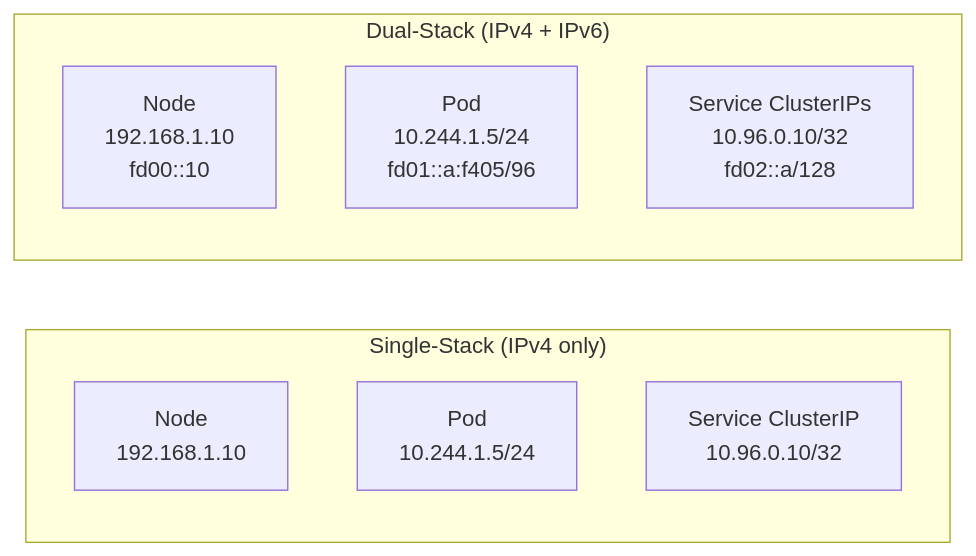
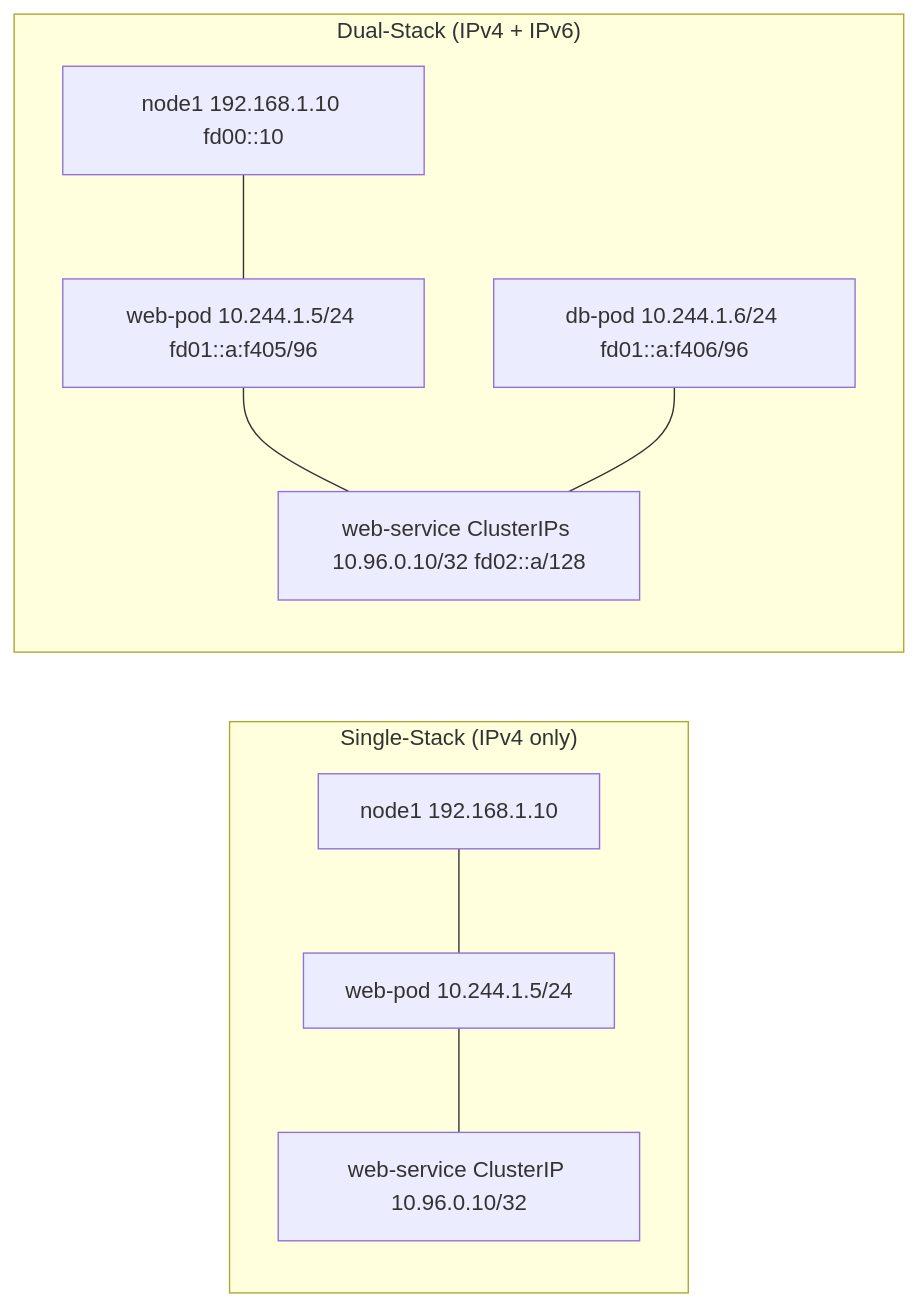
One commit to MykolaLebid/Kubernetes_networking_engineering changed the first of 2 diagrams in lessons/15-ipv6-dual-stack.md. Above: the diagram before and after it, drawn with Mermaid. The commit also changed other lines of this file and 35 other files, not shown here.

First line of the commit message:
Restructure all 34 lessons: Theory/Practice split, richer diagrams, industry examples, navigation

````diff
--- a/lessons/15-ipv6-dual-stack.md
+++ b/lessons/15-ipv6-dual-stack.md
@@ -28,13 +17,19 @@
 ```mermaid
 flowchart LR
     subgraph SS["Single-Stack (IPv4 only)"]
-        N1[Node\n192.168.1.10]
-        P1[Pod\n10.244.1.5/24]
-        S1[Service ClusterIP\n10.96.0.10/32]
+        N1["node1 192.168.1.10"]
+        P1["web-pod 10.244.1.5/24"]
+        S1["web-service ClusterIP 10.96.0.10/32"]
     end
     subgraph DS["Dual-Stack (IPv4 + IPv6)"]
-        N2[Node\n192.168.1.10\nfd00::10]
-        P2[Pod\n10.244.1.5/24\nfd01::a:f405/96]
-        S2[Service ClusterIPs\n10.96.0.10/32\nfd02::a/128]
+        N2["node1 192.168.1.10 fd00::10"]
+        P2["web-pod 10.244.1.5/24 fd01::a:f405/96"]
+        S2["web-service ClusterIPs 10.96.0.10/32 fd02::a/128"]
+        P3["db-pod 10.244.1.6/24 fd01::a:f406/96"]
     end
+    N1 --- P1
+    P1 --- S1
+    N2 --- P2
+    P2 --- S2
+    P3 --- S2
 ```
````
